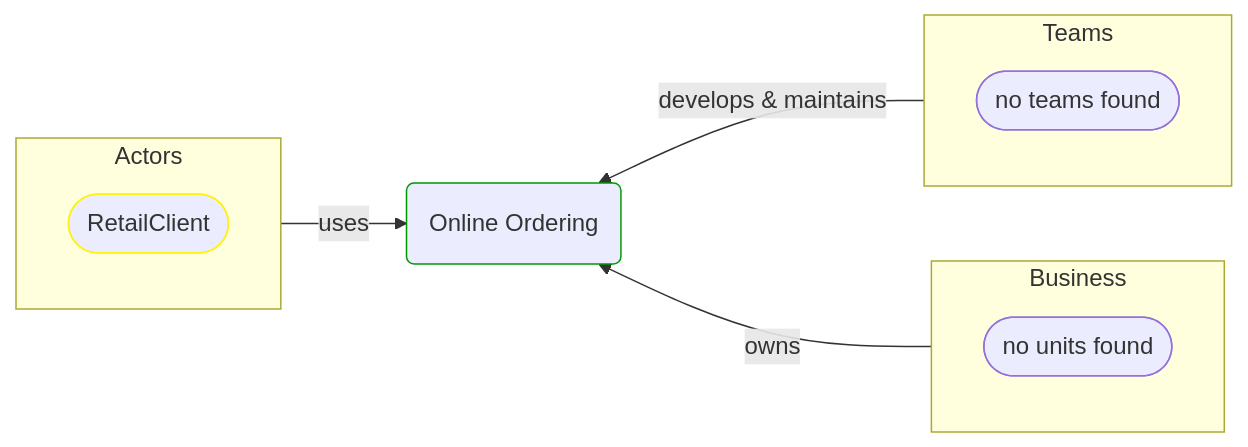
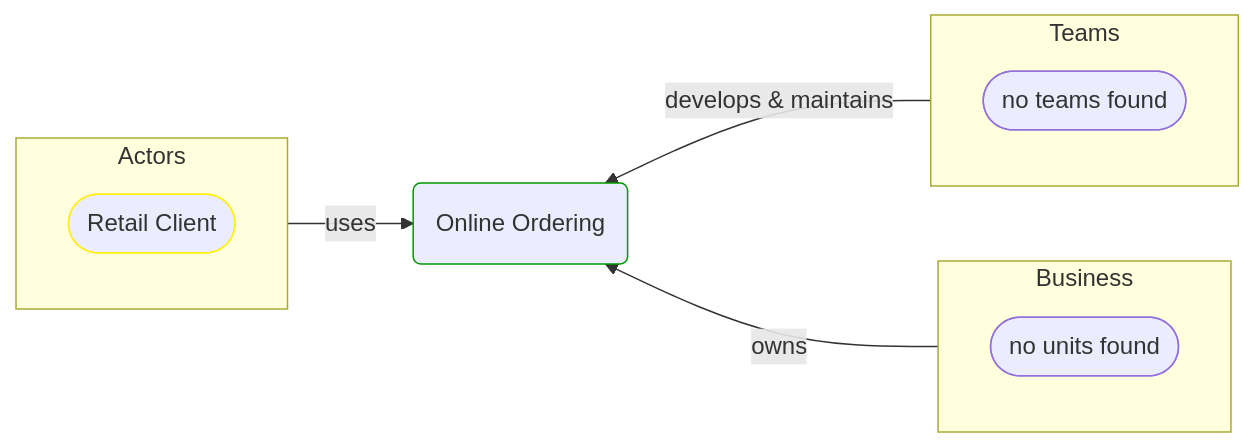
Before and after one commit to itlibrium/DDD-starter-dotnet: the third of 3 diagrams in Docs/P3/MermaidOutput/Domain/Processes/Sale/Online ordering/OnlineOrdering.md, drawn with Mermaid. The commit also changed 102 other files, not shown here.

````diff
--- a/Docs/P3/MermaidOutput/Domain/Processes/Sale/Online ordering/OnlineOrdering.md
+++ b/Docs/P3/MermaidOutput/Domain/Processes/Sale/Online ordering/OnlineOrdering.md
@@ -72,29 +72,29 @@
 ```mermaid
   flowchart LR
     subgraph 0["Actors"]
       direction TB
-      1([RetailClient])
+      1([Retail Client])
       class 1 PeoplePerspective
     end
     2(Online Ordering)
     class 2 DomainPerspective
     0-->|uses|2
     subgraph 3["Teams"]
       direction TB
       4([no teams found])
     end
     2---3
     3-->|develops & maintains|2
     3---2
     subgraph 5["Business"]
       direction TB
       6([no units found])
     end
     2---5
     5-->|owns|2
     5---2
     linkStyle 1,3,4,6 stroke:none
     classDef DomainPerspective stroke:#009900
     classDef TechnologyPerspective stroke:#1F41EB
     classDef PeoplePerspective stroke:#FFF014
 ```
````
